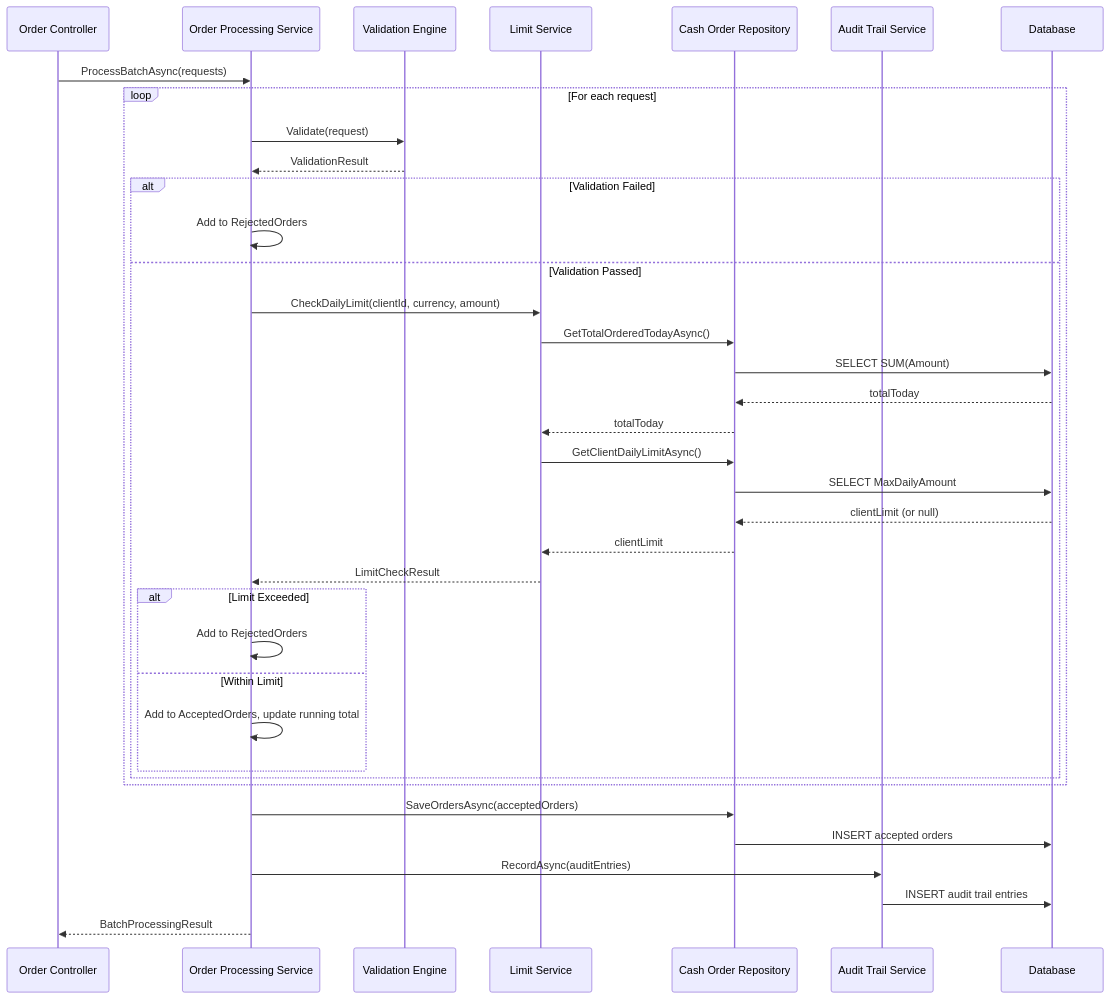
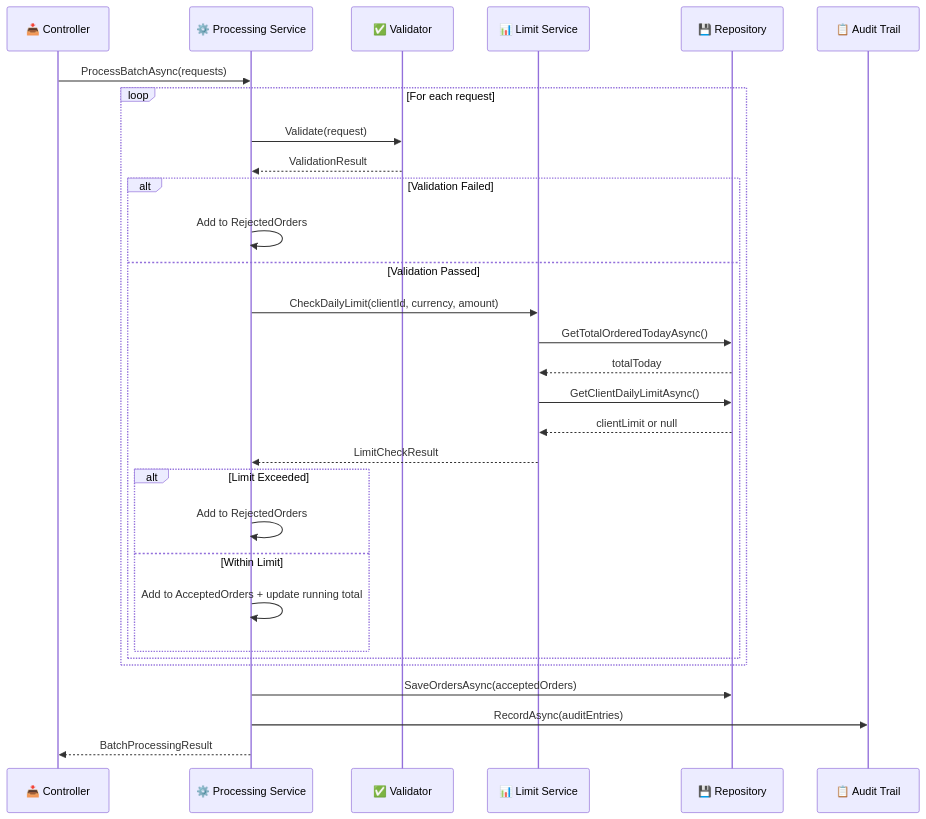
The second of 3 diagrams in docs/c4/component.md (abezr/adaptive-cash-interview), drawn with Mermaid before and after one commit. The commit also changed other lines of this file and 3 other files, not shown here.

First line of the commit message:
Restyle C4 diagrams to match justo-agent-poc handDrawn style

````diff
--- a/docs/c4/component.md
+++ b/docs/c4/component.md
@@ -64,46 +110,41 @@
 ```mermaid
+---
+config:
+  look: handDrawn
+---
 sequenceDiagram
-    participant C as Order Controller
-    participant P as Order Processing Service
-    participant V as Validation Engine
-    participant L as Limit Service
-    participant R as Cash Order Repository
-    participant A as Audit Trail Service
-    participant DB as Database
+    participant C as 📥 Controller
+    participant P as ⚙️ Processing Service
+    participant V as ✅ Validator
+    participant L as 📊 Limit Service
+    participant R as 💾 Repository
+    participant A as 📋 Audit Trail
 
     C->>P: ProcessBatchAsync(requests)
-    
+
     loop For each request
         P->>V: Validate(request)
         V-->>P: ValidationResult
-        
+
         alt Validation Failed
             P->>P: Add to RejectedOrders
         else Validation Passed
             P->>L: CheckDailyLimit(clientId, currency, amount)
             L->>R: GetTotalOrderedTodayAsync()
-            R->>DB: SELECT SUM(Amount)
-            DB-->>R: totalToday
             R-->>L: totalToday
             L->>R: GetClientDailyLimitAsync()
-            R->>DB: SELECT MaxDailyAmount
-            DB-->>R: clientLimit (or null)
-            R-->>L: clientLimit
+            R-->>L: clientLimit or null
             L-->>P: LimitCheckResult
-            
+
             alt Limit Exceeded
                 P->>P: Add to RejectedOrders
             else Within Limit
-                P->>P: Add to AcceptedOrders, update running total
+                P->>P: Add to AcceptedOrders + update running total
             end
         end
     end
-    
+
     P->>R: SaveOrdersAsync(acceptedOrders)
-    R->>DB: INSERT accepted orders
-    
     P->>A: RecordAsync(auditEntries)
-    A->>DB: INSERT audit trail entries
-    
     P-->>C: BatchProcessingResult
 ```
````
